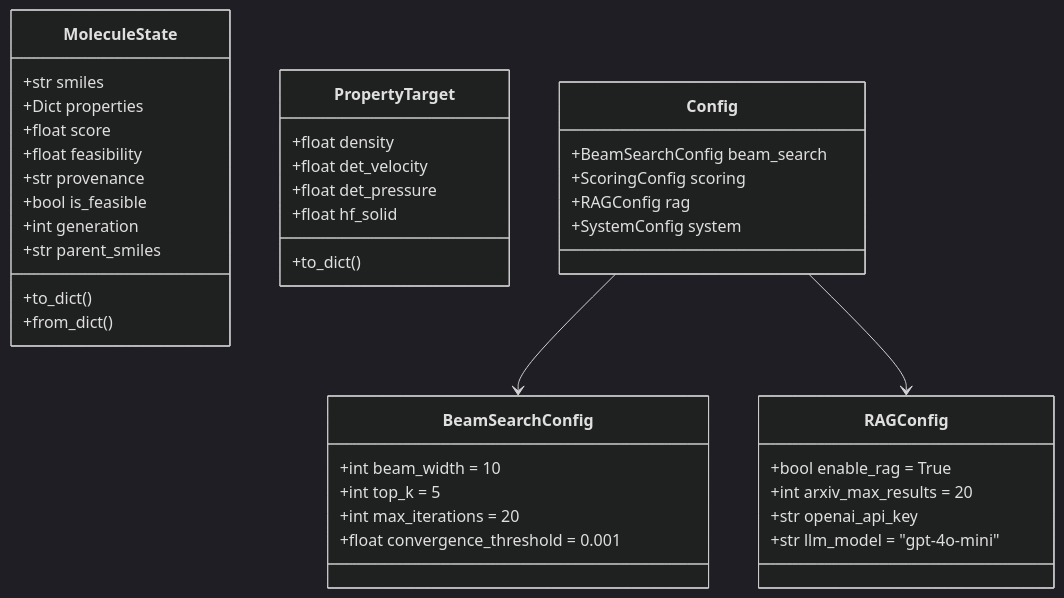
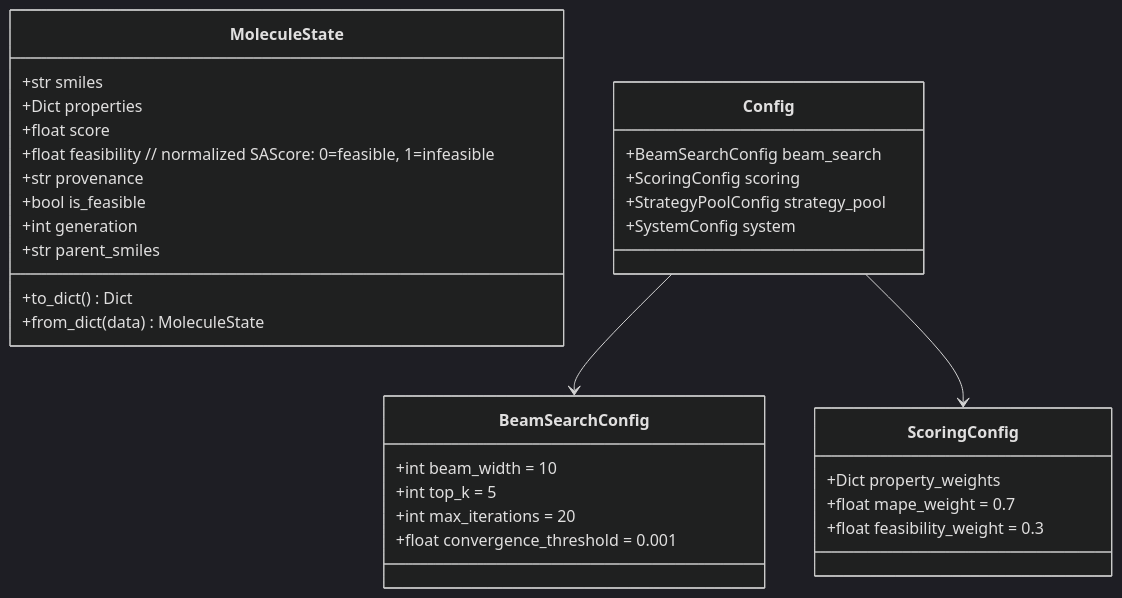
Before and after one commit to josefberman/EnergeticGraph: the fifth of 17 diagrams in docs/system_design.md, drawn with Mermaid (dark theme). The commit also changed other lines of this file and 6 other files, not shown here.

Commit message:
refactor: Update scoring and feasibility metrics to use normalized SAScore; enhance documentation and comments for clarity on scoring components and feasibility calculations.

````diff
--- a/docs/system_design.md
+++ b/docs/system_design.md
@@ -266,47 +201,38 @@
 ```mermaid
 classDiagram
     class MoleculeState {
         +str smiles
         +Dict properties
         +float score
-        +float feasibility
+        +float feasibility  // normalized SAScore: 0=feasible, 1=infeasible
         +str provenance
         +bool is_feasible
         +int generation
         +str parent_smiles
-        +to_dict()
-        +from_dict()
+        +to_dict() Dict
+        +from_dict(data) MoleculeState
     }
-
-    class PropertyTarget {
-        +float density
-        +float det_velocity
-        +float det_pressure
-        +float hf_solid
-        +to_dict()
-    }
-
+    
     class Config {
         +BeamSearchConfig beam_search
         +ScoringConfig scoring
-        +RAGConfig rag
+        +StrategyPoolConfig strategy_pool
         +SystemConfig system
     }
-
+    
     class BeamSearchConfig {
         +int beam_width = 10
         +int top_k = 5
         +int max_iterations = 20
         +float convergence_threshold = 0.001
     }
-
-    class RAGConfig {
-        +bool enable_rag = True
-        +int arxiv_max_results = 20
-        +str openai_api_key
-        +str llm_model = "gpt-4o-mini"
+    
+    class ScoringConfig {
+        +Dict property_weights
+        +float mape_weight = 0.7
+        +float feasibility_weight = 0.3
     }
-
+    
     Config --> BeamSearchConfig
-    Config --> RAGConfig
+    Config --> ScoringConfig
 ```
````
